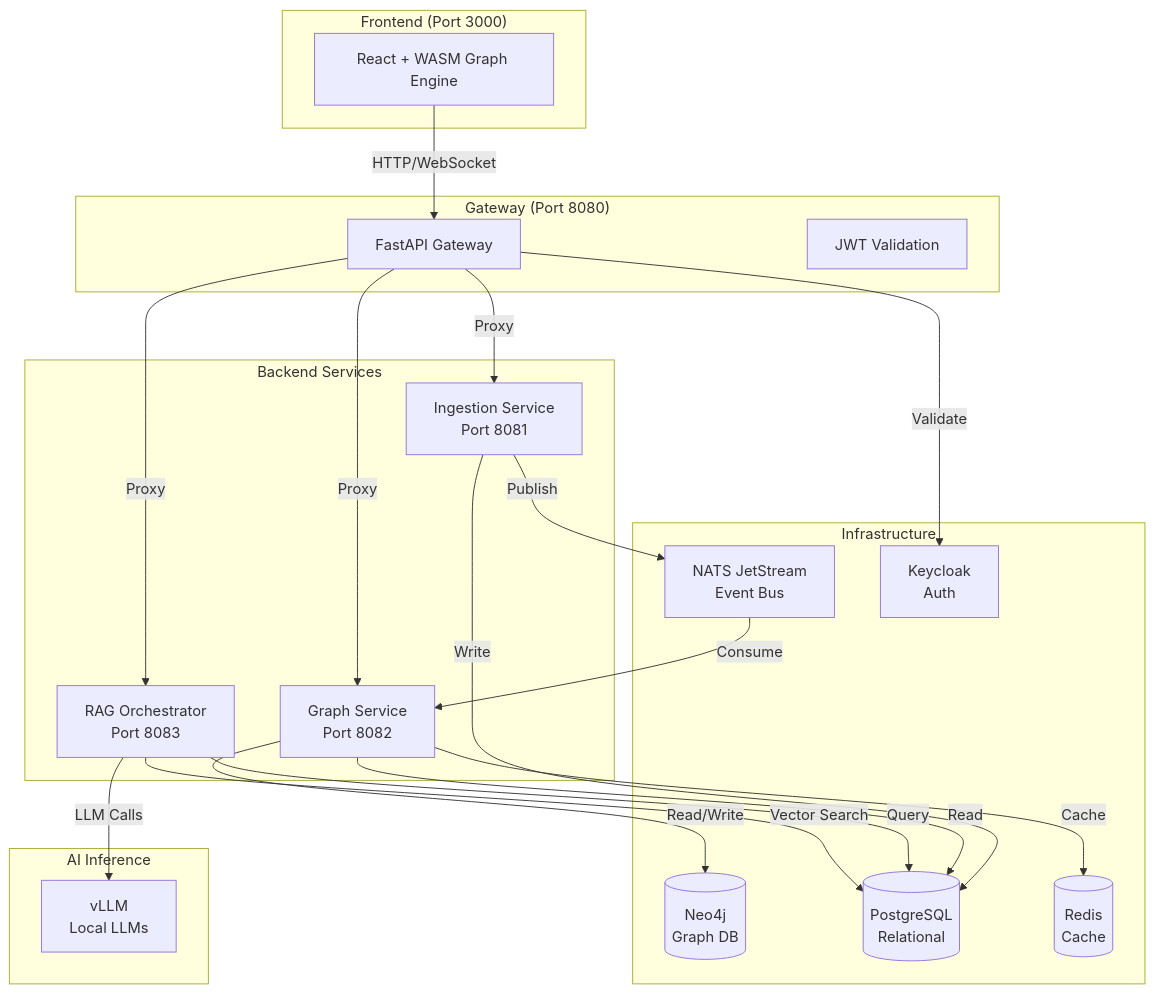
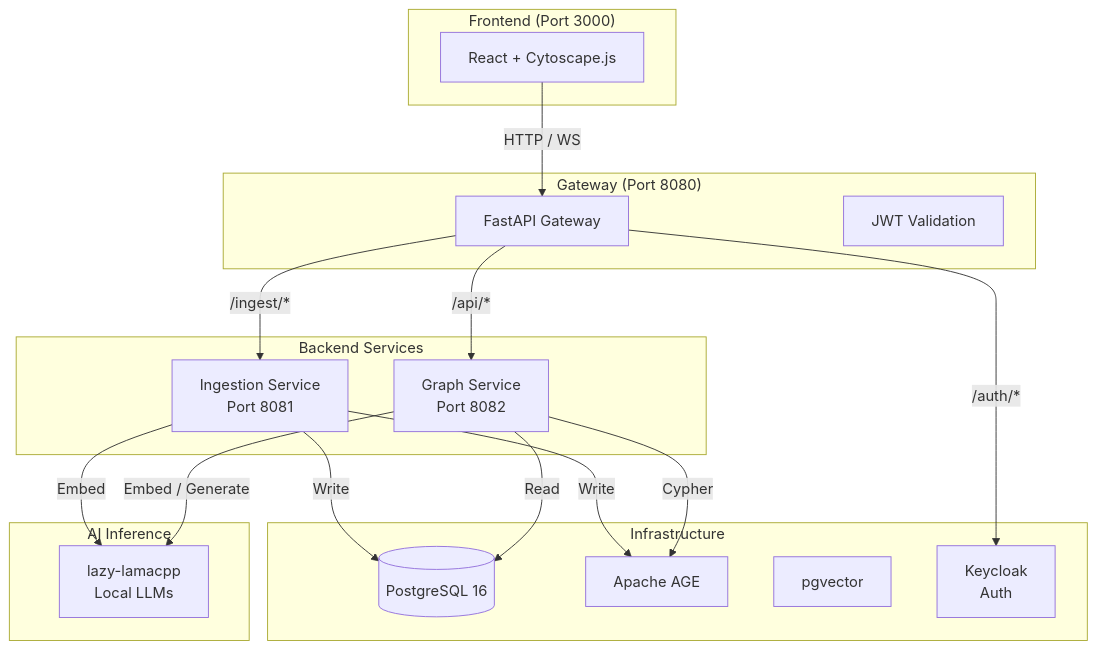
One commit to invariantcontinuum/substrate changed the first of 3 diagrams in docs/architecture/index.md. Above: the diagram before and after it, drawn with Mermaid. The commit also changed other lines of this file and 19 other files, not shown here.

Commit message:
docs: update mkdocs structure, remove rag-orchestrator, add developer-guide nav

````diff
--- a/docs/architecture/index.md
+++ b/docs/architecture/index.md
@@ -19,48 +19,40 @@
 ```mermaid
 flowchart TB
     subgraph Frontend["Frontend (Port 3000)"]
-        UI[React + WASM Graph Engine]
+        UI[React + Cytoscape.js]
     end
-    
+
     subgraph Gateway["Gateway (Port 8080)"]
         GW[FastAPI Gateway]
         Auth[JWT Validation]
     end
-    
+
     subgraph Services["Backend Services"]
         ING[Ingestion Service<br/>Port 8081]
         GRAPH[Graph Service<br/>Port 8082]
-        RAG[RAG Orchestrator<br/>Port 8083]
     end
-    
+
     subgraph Infrastructure["Infrastructure"]
-        NEO4j[(Neo4j<br/>Graph DB)]
-        PG[(PostgreSQL<br/>Relational)]
-        REDIS[(Redis<br/>Cache)]
-        NATS[NATS JetStream<br/>Event Bus]
+        PG[(PostgreSQL 16)]
+        AGE[Apache AGE]
+        VEC[pgvector]
         KC[Keycloak<br/>Auth]
     end
-    
+
     subgraph AI["AI Inference"]
-        VLLM[vLLM<br/>Local LLMs]
+        LLM[lazy-lamacpp<br/>Local LLMs]
     end
-    
-    UI -->|HTTP/WebSocket| GW
-    GW -->|Proxy| ING
-    GW -->|Proxy| GRAPH
-    GW -->|Proxy| RAG
-    
-    ING -->|Publish| NATS
-    NATS -->|Consume| GRAPH
-    
+
+    UI -->|HTTP / WS| GW
+    GW -->|/ingest/*| ING
+    GW -->|/api/*| GRAPH
+    GW -->|/auth/*| KC
+
     ING -->|Write| PG
-    GRAPH -->|Read/Write| NEO4j
-    GRAPH -->|Cache| REDIS
+    ING -->|Write| AGE
     GRAPH -->|Read| PG
-    RAG -->|Query| PG
-    RAG -->|Vector Search| PG
-    
-    RAG -->|LLM Calls| VLLM
-    
-    GW -->|Validate| KC
+    GRAPH -->|Cypher| AGE
+
+    ING -->|Embed| LLM
+    GRAPH -->|Embed / Generate| LLM
 ```
````
